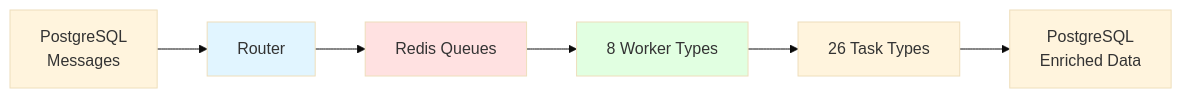
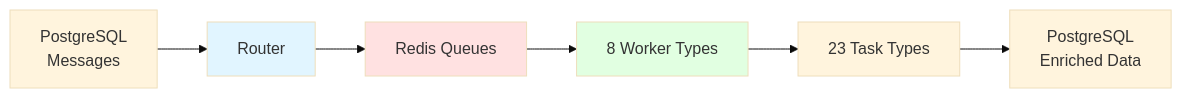
One commit to osintukraine/osint-platform-docs changed the first of 5 diagrams in docs/developer-guide/services/enrichment.md. Above: the diagram before and after it, drawn with Mermaid (base theme). The commit also changed other lines of this file and 4 other files, not shown here.

````diff
--- a/docs/developer-guide/services/enrichment.md
+++ b/docs/developer-guide/services/enrichment.md
@@ -9,12 +9,12 @@
 ```mermaid
 graph LR
     A[PostgreSQL<br/>Messages] --> B[Router]
     B --> C[Redis Queues]
     C --> D[8 Worker Types]
-    D --> E[26 Task Types]
+    D --> E[23 Task Types]
     E --> F[PostgreSQL<br/>Enriched Data]
 
     style B fill:#e1f5ff
     style C fill:#ffe1e1
     style D fill:#e1ffe1
 ```
````
